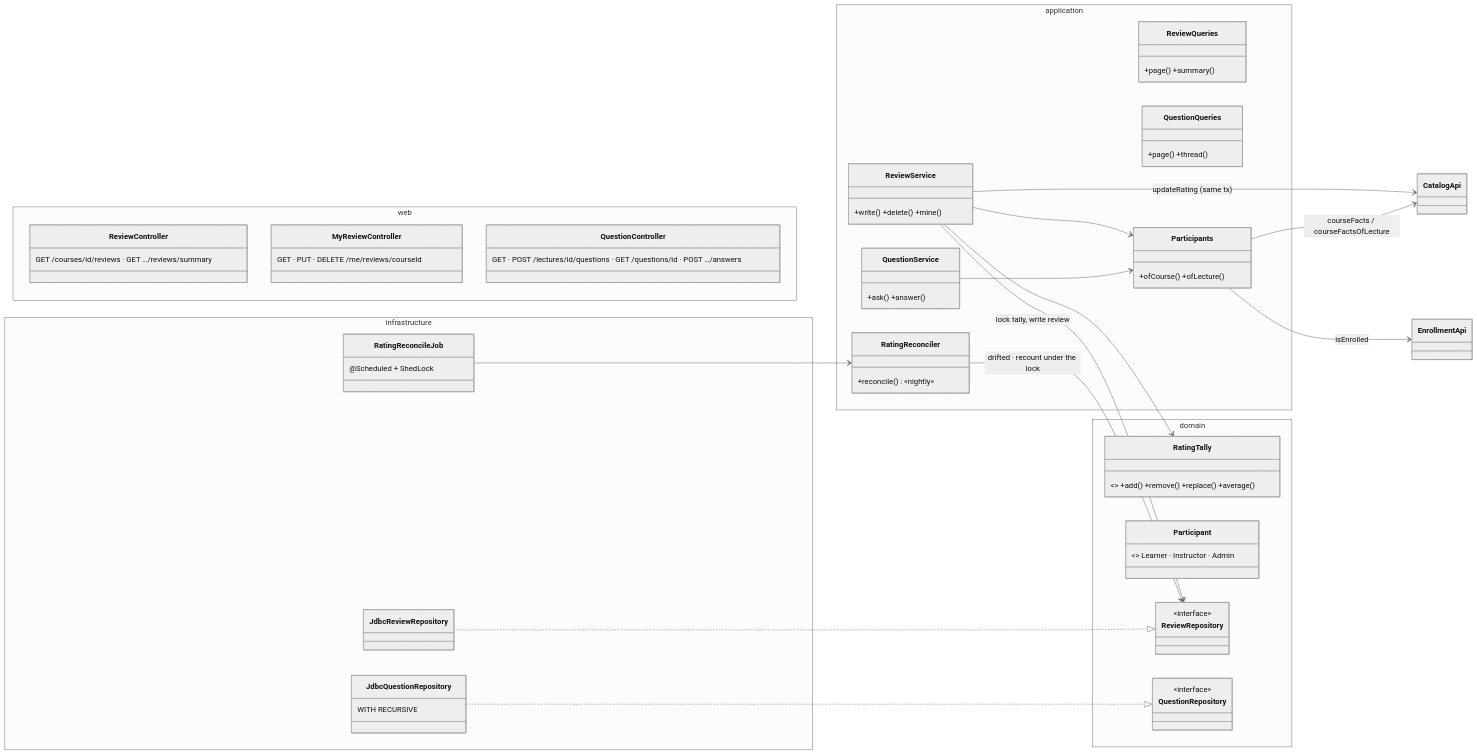
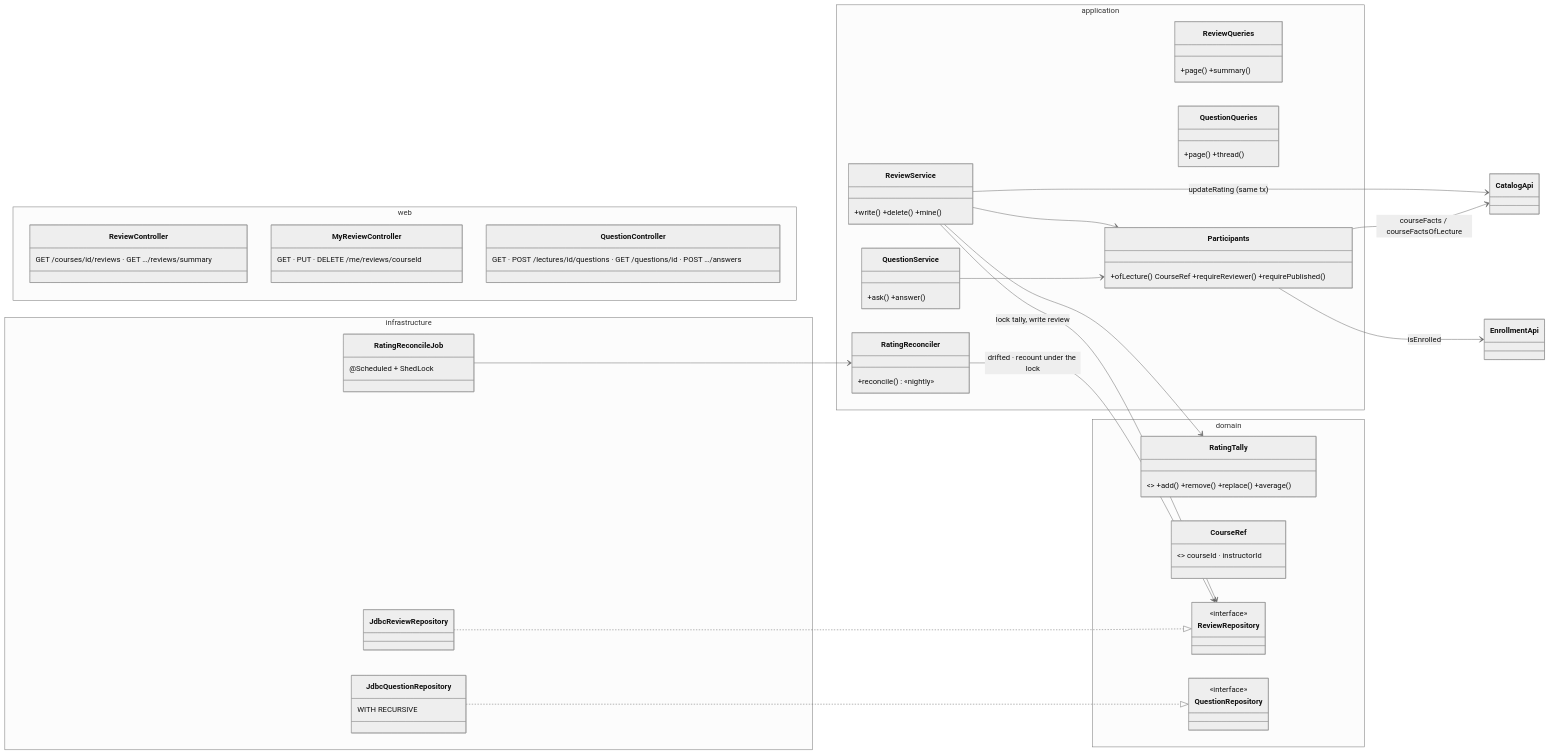
The first of 2 diagrams in docs/lld/engagement.md (b-nimai/Masternova-Spring), drawn with Mermaid (neutral theme) before and after one commit. The commit also changed other lines of this file and 39 other files, not shown here.

````diff
--- a/docs/lld/engagement.md
+++ b/docs/lld/engagement.md
@@ -56,39 +56,39 @@
 ```mermaid
 classDiagram
   direction LR
   namespace web {
     class ReviewController { GET /courses/id/reviews · GET …/reviews/summary }
     class MyReviewController { GET · PUT · DELETE /me/reviews/courseId }
     class QuestionController { GET · POST /lectures/id/questions · GET /questions/id · POST …/answers }
   }
   namespace application {
     class ReviewService { +write() +delete() +mine() }
     class ReviewQueries { +page() +summary() }
     class RatingReconciler { +reconcile() «nightly» }
     class QuestionService { +ask() +answer() }
     class QuestionQueries { +page() +thread() }
-    class Participants { +ofCourse() +ofLecture() }
+    class Participants { +ofLecture() CourseRef +requireReviewer() +requirePublished() }
   }
   namespace domain {
     class RatingTally { <<record>> +add() +remove() +replace() +average() }
-    class Participant { <<sealed>> Learner · Instructor · Admin }
+    class CourseRef { <<record>> courseId · instructorId }
     class ReviewRepository { <<interface>> }
     class QuestionRepository { <<interface>> }
   }
   namespace infrastructure {
     class JdbcReviewRepository
     class JdbcQuestionRepository { WITH RECURSIVE }
     class RatingReconcileJob { @Scheduled + ShedLock }
   }
   ReviewService --> ReviewRepository : lock tally, write review
   ReviewService --> RatingTally
   ReviewService --> CatalogApi : updateRating (same tx)
   ReviewService --> Participants
   QuestionService --> Participants
   Participants --> CatalogApi : courseFacts / courseFactsOfLecture
   Participants --> EnrollmentApi : isEnrolled
   RatingReconcileJob --> RatingReconciler
   RatingReconciler --> ReviewRepository : drifted · recount under the lock
   JdbcReviewRepository ..|> ReviewRepository
   JdbcQuestionRepository ..|> QuestionRepository
 ```
````
